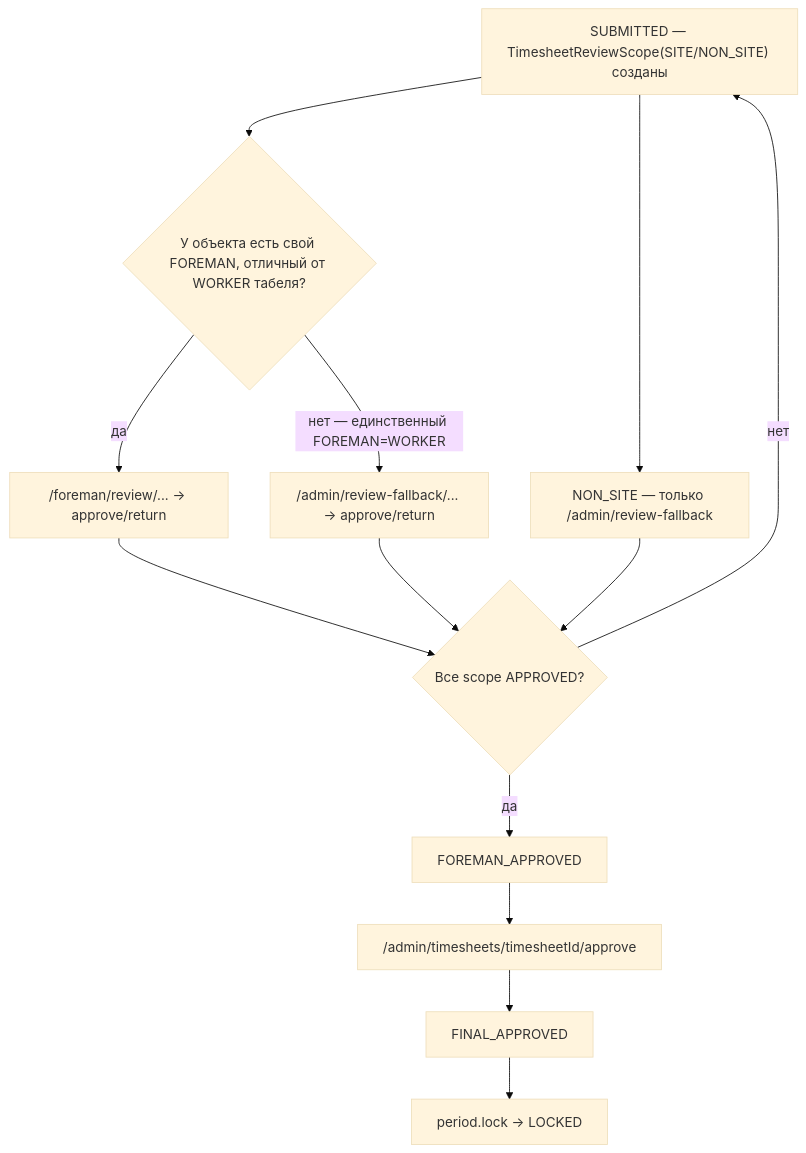
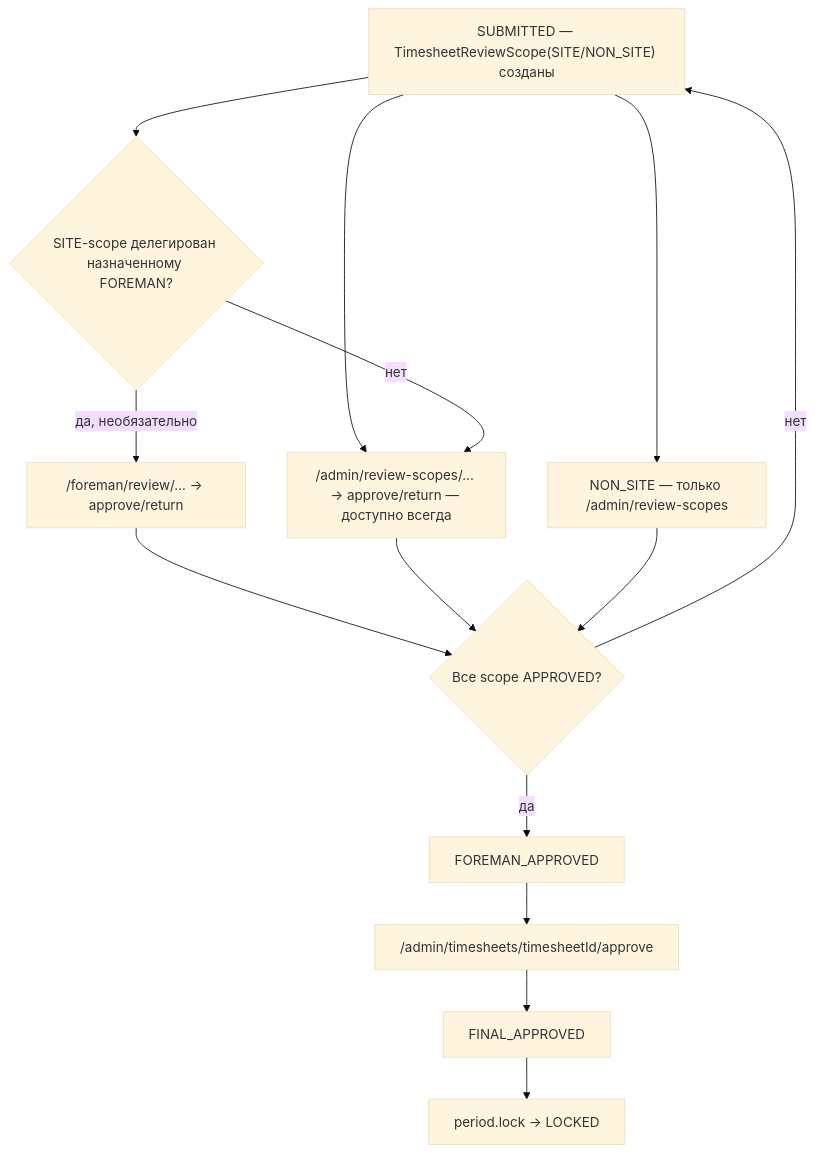
Before and after one commit to Hamec01/titangroup: the fourth of 4 diagrams in docs/titanor-time/01_SCREEN_MAP.md, drawn with Mermaid (base theme). The commit also changed other lines of this file and 21 other files, not shown here.

Commit message:
fix(time): complete admin-led attendance flow

````diff
--- a/docs/titanor-time/01_SCREEN_MAP.md
+++ b/docs/titanor-time/01_SCREEN_MAP.md
@@ -1534,15 +1534,16 @@
 ```mermaid
 flowchart TD
-    R1["SUBMITTED — TimesheetReviewScope(SITE/NON_SITE) созданы"] --> R2{У объекта есть свой FOREMAN, отличный от WORKER табеля?}
-    R2 -->|да| R3["/foreman/review/... → approve/return"]
-    R2 -->|нет — единственный FOREMAN=WORKER| R4["/admin/review-fallback/... → approve/return"]
-    R1 --> R5["NON_SITE — только /admin/review-fallback"]
-    R3 --> R6{Все scope APPROVED?}
-    R4 --> R6
+    R1["SUBMITTED — TimesheetReviewScope(SITE/NON_SITE) созданы"] --> R2["/admin/review-scopes/... → approve/return — доступно всегда"]
+    R1 --> R3{"SITE-scope делегирован назначенному FOREMAN?"}
+    R3 -->|да, необязательно| R4["/foreman/review/... → approve/return"]
+    R3 -->|нет| R2
+    R4 --> R6{Все scope APPROVED?}
+    R2 --> R6
+    R1 --> R5["NON_SITE — только /admin/review-scopes"]
     R5 --> R6
     R6 -->|да| R7["FOREMAN_APPROVED"]
     R6 -->|нет| R1
     R7 --> R8["/admin/timesheets/timesheetId/approve"]
     R8 --> R9["FINAL_APPROVED"]
     R9 --> R10["period.lock → LOCKED"]
 ```
````
